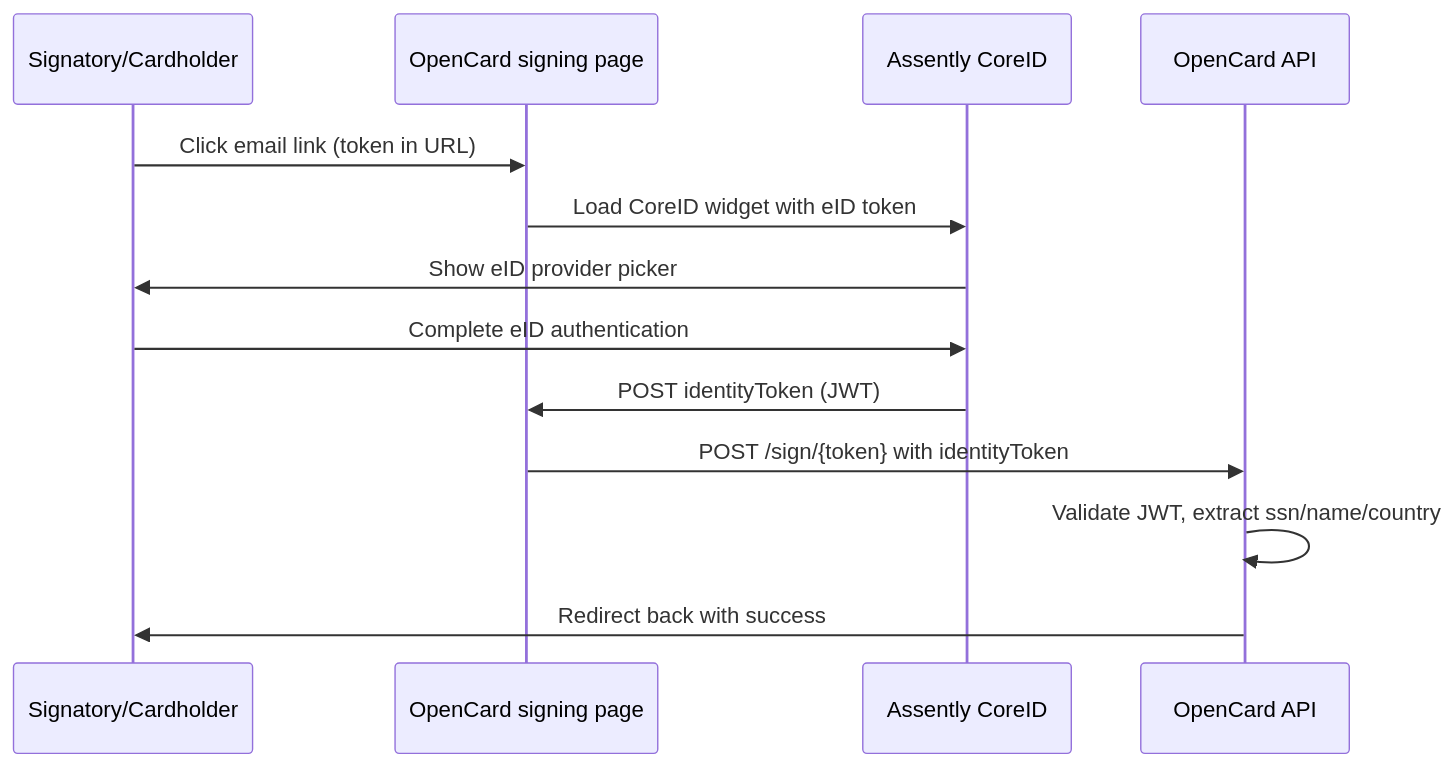
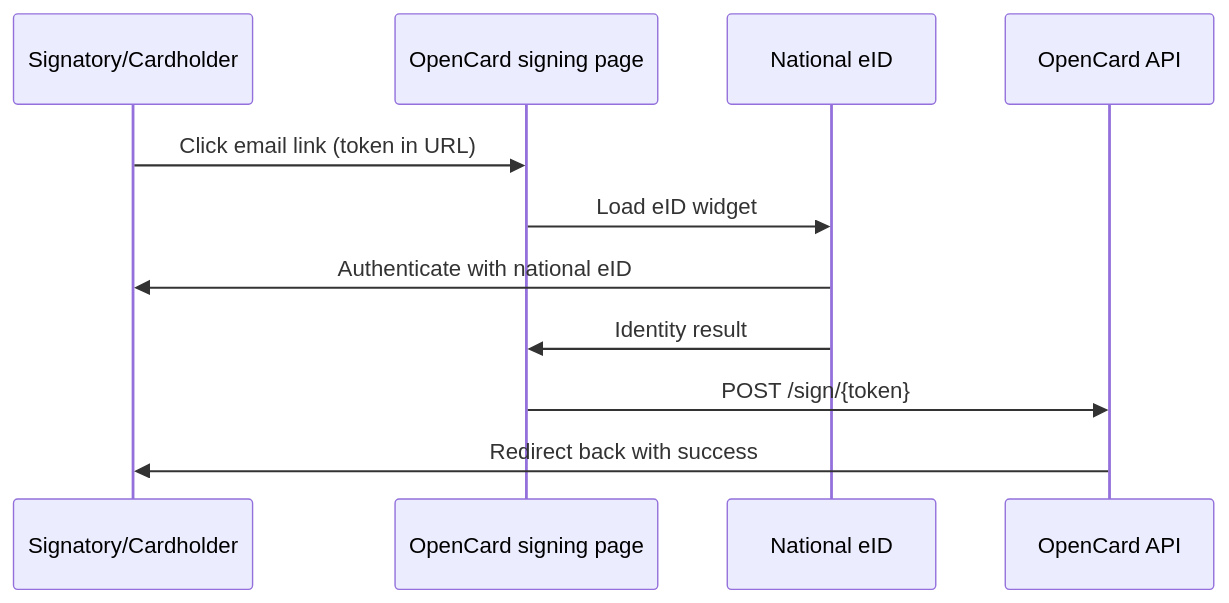
The diagram in ems/eid-signing.mdx (marc-opencard/developers.opencard.io), drawn with Mermaid before and after one commit. The commit also changed other lines of this file and 7 other files, not shown here.

````diff
--- a/ems/eid-signing.mdx
+++ b/ems/eid-signing.mdx
@@ -32,16 +32,14 @@
 ```mermaid
 sequenceDiagram
     participant User as Signatory/Cardholder
     participant Page as OpenCard signing page
-    participant Assently as Assently CoreID
+    participant eID as National eID
     participant API as OpenCard API
 
     User->>Page: Click email link (token in URL)
-    Page->>Assently: Load CoreID widget with eID token
-    Assently->>User: Show eID provider picker
-    User->>Assently: Complete eID authentication
-    Assently->>Page: POST identityToken (JWT)
-    Page->>API: POST /sign/{token} with identityToken
-    API->>API: Validate JWT, extract ssn/name/country
+    Page->>eID: Load eID widget
+    eID->>User: Authenticate with national eID
+    eID->>Page: Identity result
+    Page->>API: POST /sign/{token}
     API->>User: Redirect back with success
 ```
````
